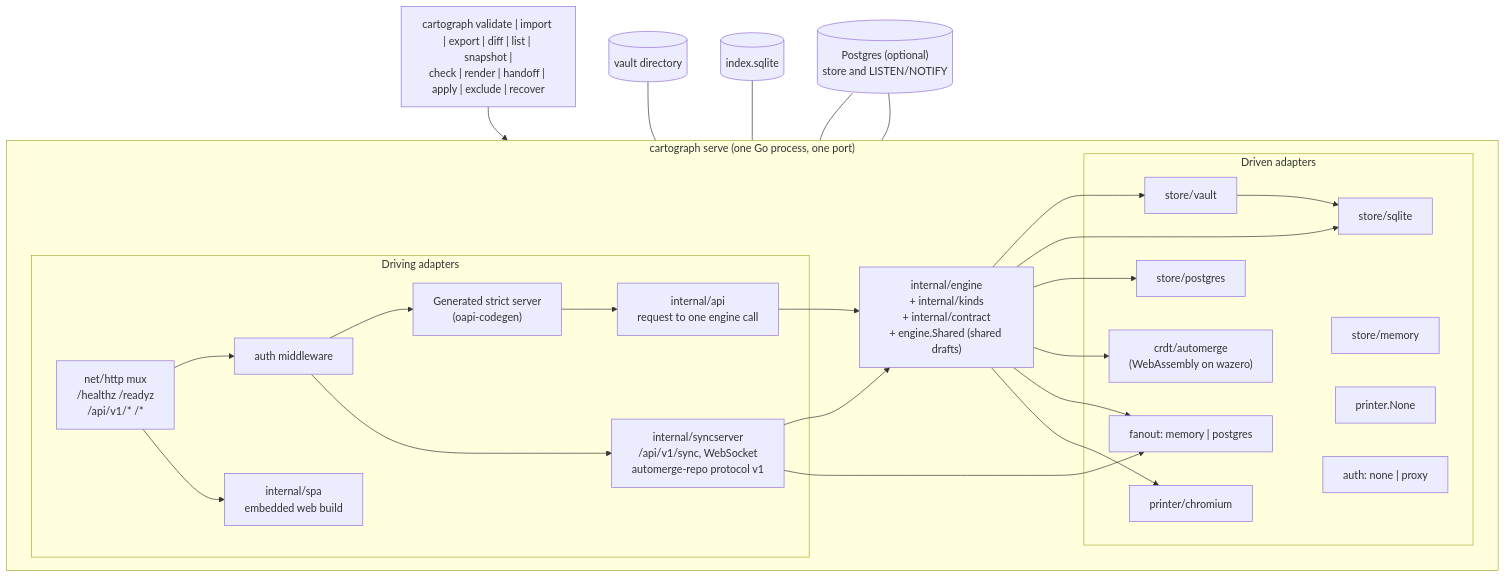
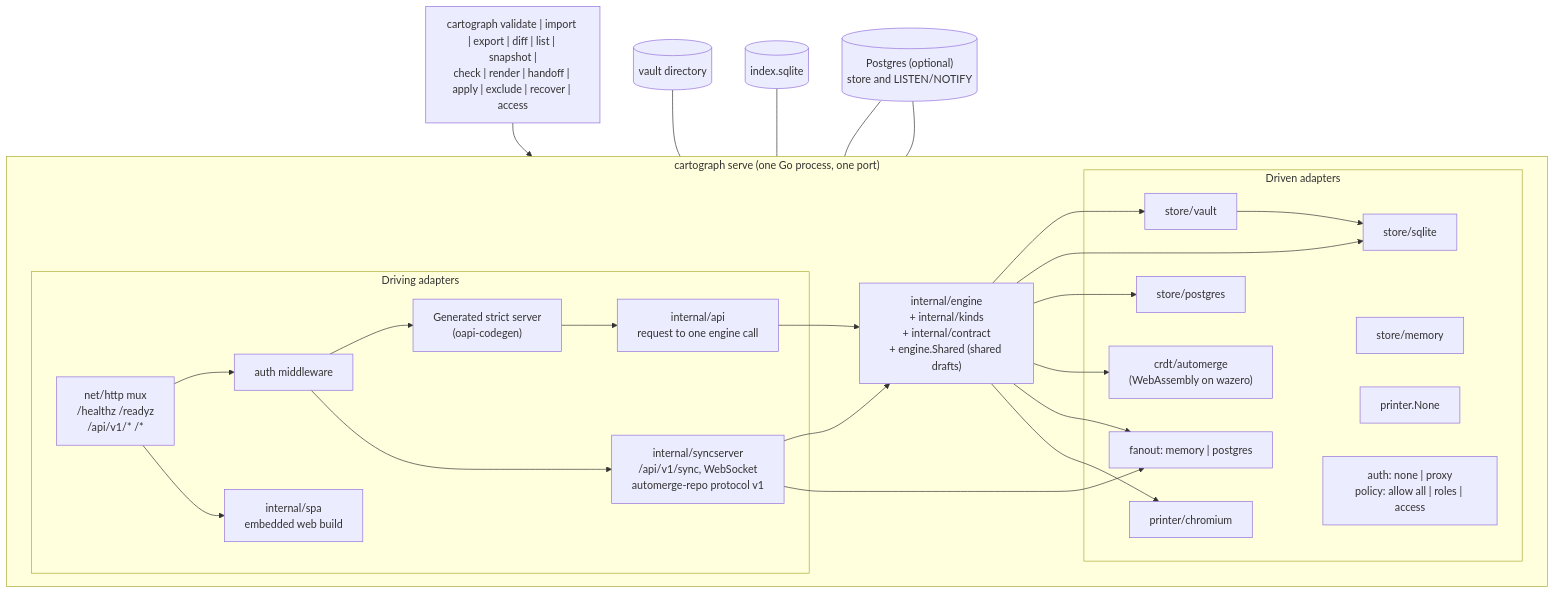
Before and after one commit to ProjectCartograph/cartograph-engine: the second of 9 diagrams in docs/ARCHITECTURE.md, drawn with Mermaid. The commit also changed other lines of this file and 8 other files, not shown here.

First line of the commit message:
docs: bring the architecture up to date with access by role and team

````diff
--- a/docs/ARCHITECTURE.md
+++ b/docs/ARCHITECTURE.md
@@ -92,41 +92,41 @@
 ```mermaid
 flowchart TB
     subgraph process["cartograph serve (one Go process, one port)"]
         direction LR
         subgraph driving["Driving adapters"]
             http["net/http mux<br/>/healthz /readyz<br/>/api/v1/* /*"]
             authmw["auth middleware"]
             apigen["Generated strict server<br/>(oapi-codegen)"]
             apipkg["internal/api<br/>request to one engine call"]
             syncsrv["internal/syncserver<br/>/api/v1/sync, WebSocket<br/>automerge-repo protocol v1"]
             spaemb["internal/spa<br/>embedded web build"]
         end
         core["internal/engine<br/>+ internal/kinds<br/>+ internal/contract<br/>+ engine.Shared (shared drafts)"]
         subgraph driven["Driven adapters"]
             vaultad["store/vault"]
             sqlitead["store/sqlite"]
             pgad["store/postgres"]
             memad["store/memory"]
             amad["crdt/automerge<br/>(WebAssembly on wazero)"]
             fanad["fanout: memory | postgres"]
             chrom["printer/chromium"]
             none["printer.None"]
-            authn["auth: none | proxy"]
+            authn["auth: none | proxy<br/>policy: allow all | roles | access"]
         end
         http --> authmw --> apigen --> apipkg --> core
         authmw --> syncsrv --> core
         syncsrv --> fanad
         http --> spaemb
         core --> vaultad --> sqlitead
         core --> sqlitead
         core --> pgad
         core --> amad
         core --> fanad
         core --> chrom
     end
-    cliproc["cartograph validate | import | export | diff | list | snapshot |<br/>check | render | handoff | apply | exclude | recover"] --> core
+    cliproc["cartograph validate | import | export | diff | list | snapshot |<br/>check | render | handoff | apply | exclude | recover | access"] --> core
     fs[("vault directory")] --- vaultad
     db[("index.sqlite")] --- sqlitead
     pg[("Postgres (optional)<br/>store and LISTEN/NOTIFY")] --- pgad
     pg --- fanad
 ```
````
